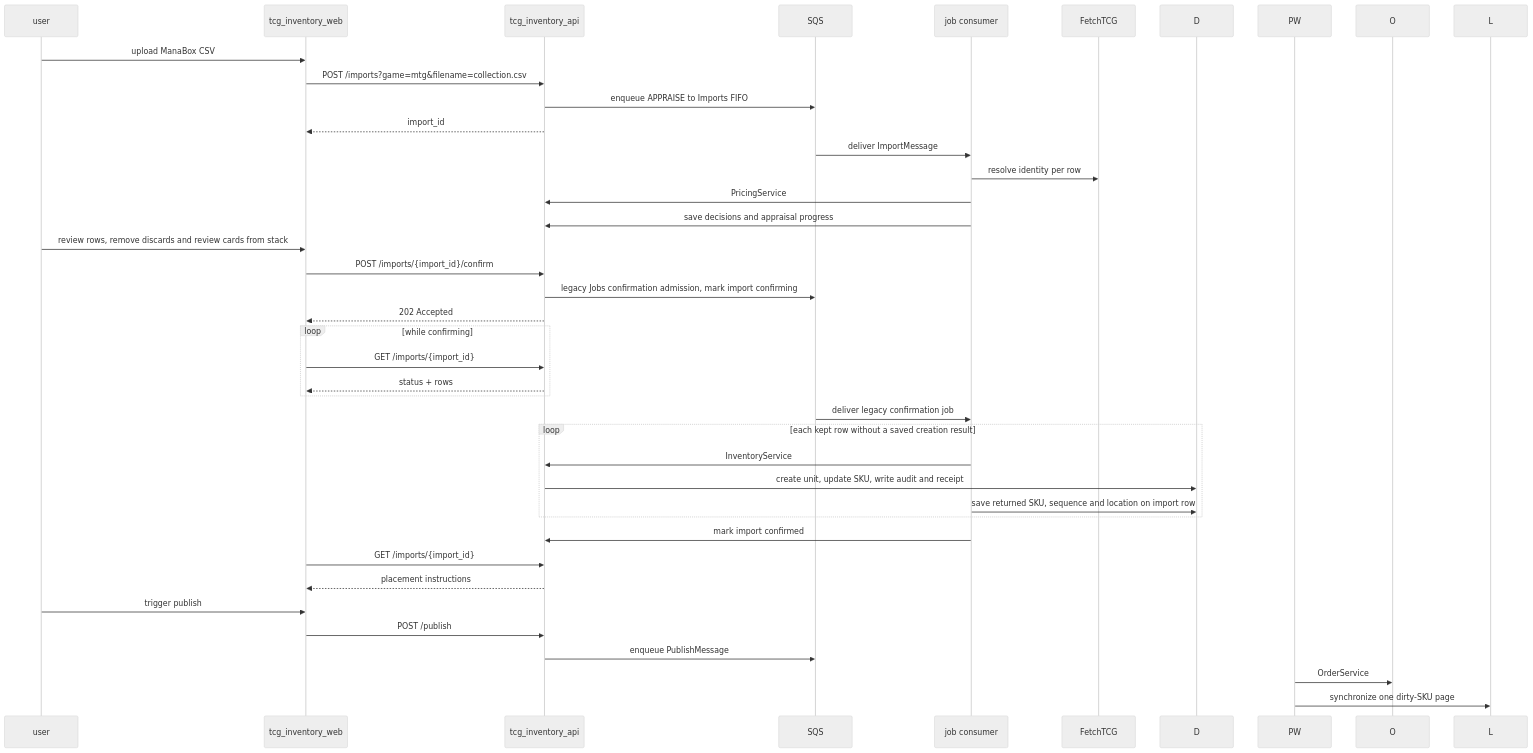
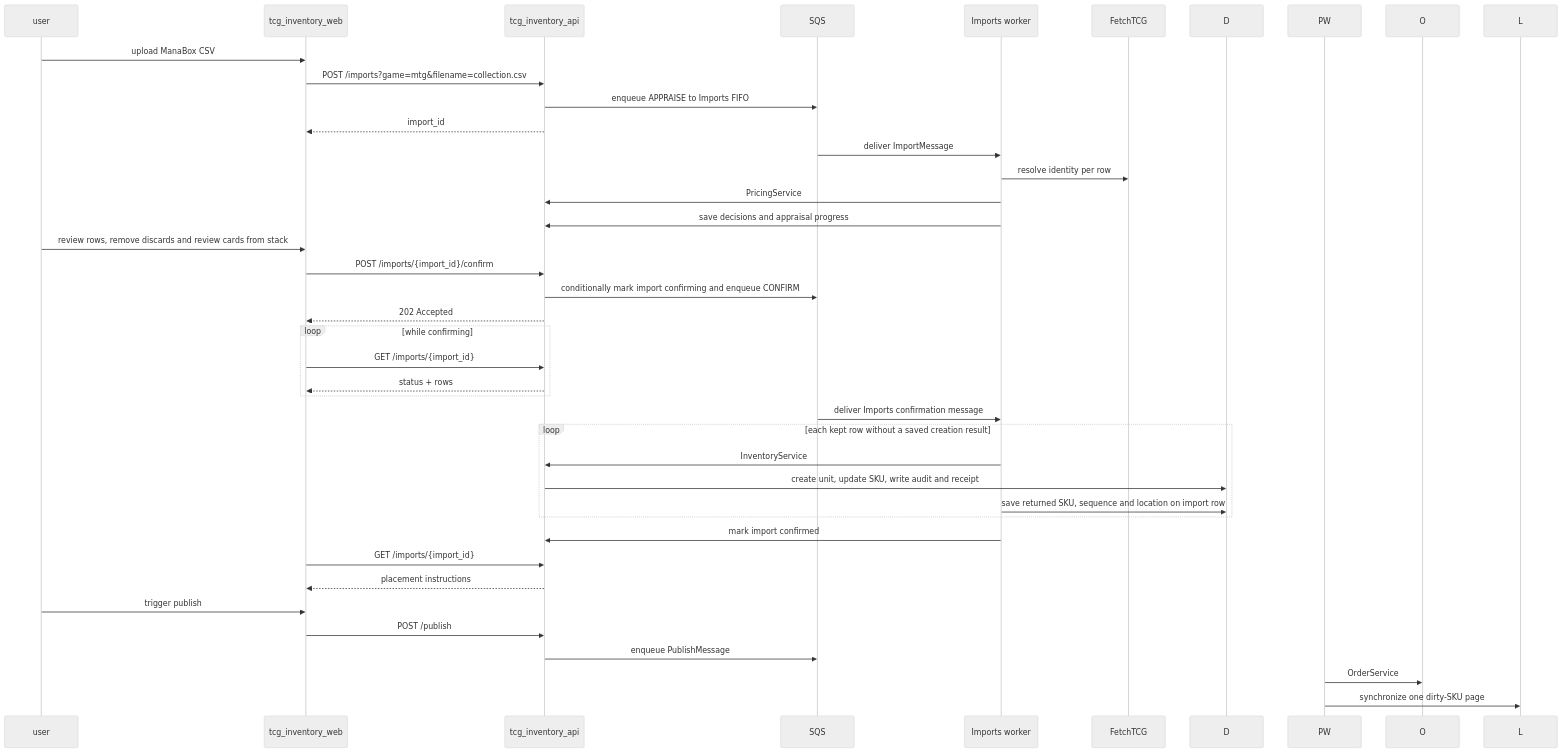
The second of 3 diagrams in tcg_inventory_api/README.md (jordansimsmith/jordansimsmith-com), drawn with Mermaid (neutral theme) before and after one commit. The commit also changed other lines of this file and 25 other files, not shown here.

Commit message:
Move import confirmation admission into service

````diff
--- a/tcg_inventory_api/README.md
+++ b/tcg_inventory_api/README.md
@@ -159,40 +159,40 @@
 ```mermaid
 sequenceDiagram
   participant U as user
   participant W as tcg_inventory_web
   participant A as tcg_inventory_api
   participant Q as SQS
-  participant J as job consumer
+  participant J as Imports worker
   participant F as FetchTCG
 
   U->>W: upload ManaBox CSV
   W->>A: POST /imports?game=mtg&filename=collection.csv
   A->>Q: enqueue APPRAISE to Imports FIFO
   A-->>W: import_id
   Q->>J: deliver ImportMessage
   J->>F: resolve identity per row
   J->>A: PricingService#getPrice per resolved row
   J->>A: save decisions and appraisal progress
   U->>W: review rows, remove discards and review cards from stack
   W->>A: POST /imports/{import_id}/confirm
-  A->>Q: legacy Jobs confirmation admission, mark import confirming
+  A->>Q: conditionally mark import confirming and enqueue CONFIRM
   A-->>W: 202 Accepted
   loop while confirming
     W->>A: GET /imports/{import_id}
     A-->>W: status + rows
   end
-  Q->>J: deliver legacy confirmation job
+  Q->>J: deliver Imports confirmation message
   loop each kept row without a saved creation result
     J->>A: InventoryService#createUnit with stable row operation ID
     A->>D: create unit, update SKU, write audit and receipt
     J->>D: save returned SKU, sequence and location on import row
   end
   J->>A: mark import confirmed
   W->>A: GET /imports/{import_id}
   A-->>W: placement instructions
   U->>W: trigger publish
   W->>A: POST /publish
   A->>Q: enqueue PublishMessage
   PW->>O: OrderService#updateOrders on first page
   PW->>L: synchronize one dirty-SKU page
 ```
````
